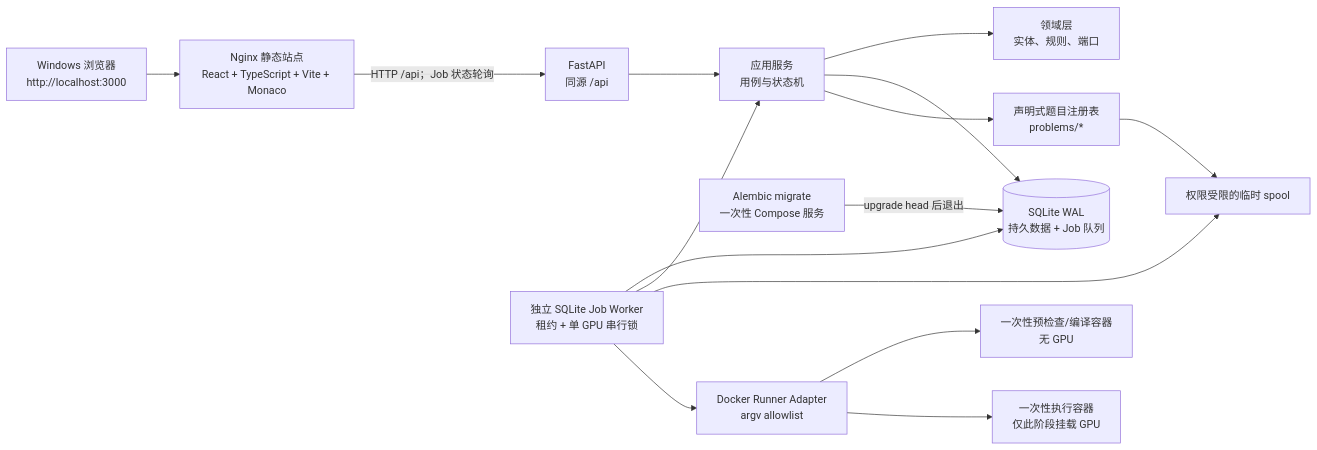
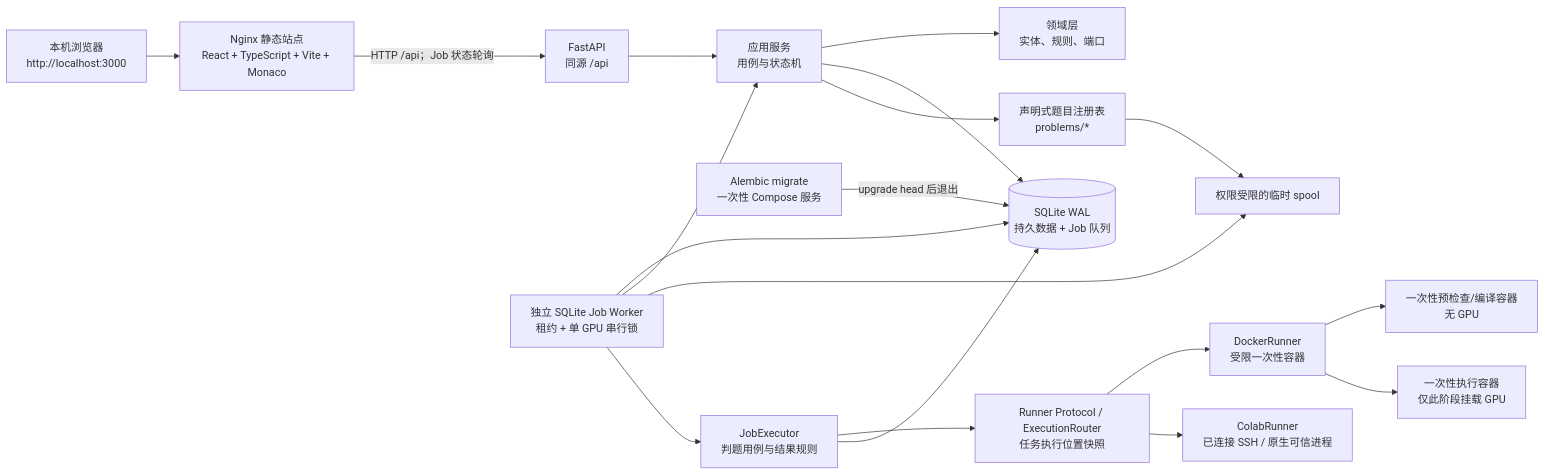
Before and after one commit to BabyDrangoner/MyLeetGpu: the first of 4 diagrams in docs/design.md, drawn with Mermaid. The commit also changed other lines of this file and 116 other files, not shown here.

````diff
--- a/docs/design.md
+++ b/docs/design.md
@@ -35,31 +35,38 @@
 ```mermaid
 flowchart LR
-    U["Windows 浏览器<br/>http://localhost:3000"]
+    U["本机浏览器<br/>http://localhost:3000"]
     W["Nginx 静态站点<br/>React + TypeScript + Vite + Monaco"]
     A["FastAPI<br/>同源 /api"]
     AP["应用服务<br/>用例与状态机"]
     D["领域层<br/>实体、规则、端口"]
     DB[("SQLite WAL<br/>持久数据 + Job 队列")]
     M["Alembic migrate<br/>一次性 Compose 服务"]
     P["声明式题目注册表<br/>problems/*"]
     K["独立 SQLite Job Worker<br/>租约 + 单 GPU 串行锁"]
     S["权限受限的临时 spool"]
-    R["Docker Runner Adapter<br/>argv allowlist"]
+    J["JobExecutor<br/>判题用例与结果规则"]
+    R["Runner Protocol / ExecutionRouter<br/>任务执行位置快照"]
+    L["DockerRunner<br/>受限一次性容器"]
+    CR["ColabRunner<br/>已连接 SSH / 原生可信进程"]
     C["一次性预检查/编译容器<br/>无 GPU"]
     G["一次性执行容器<br/>仅此阶段挂载 GPU"]
 
     U --> W
     W -->|"HTTP /api；Job 状态轮询"| A
     A --> AP
     AP --> D
     AP --> DB
     M -->|"upgrade head 后退出"| DB
     AP --> P
     K --> DB
     K --> AP
     K --> S
-    K --> R
-    R --> C
-    R --> G
+    K --> J
+    J --> R
+    J --> DB
+    R --> L
+    R --> CR
+    L --> C
+    L --> G
     P --> S
 ```
````
